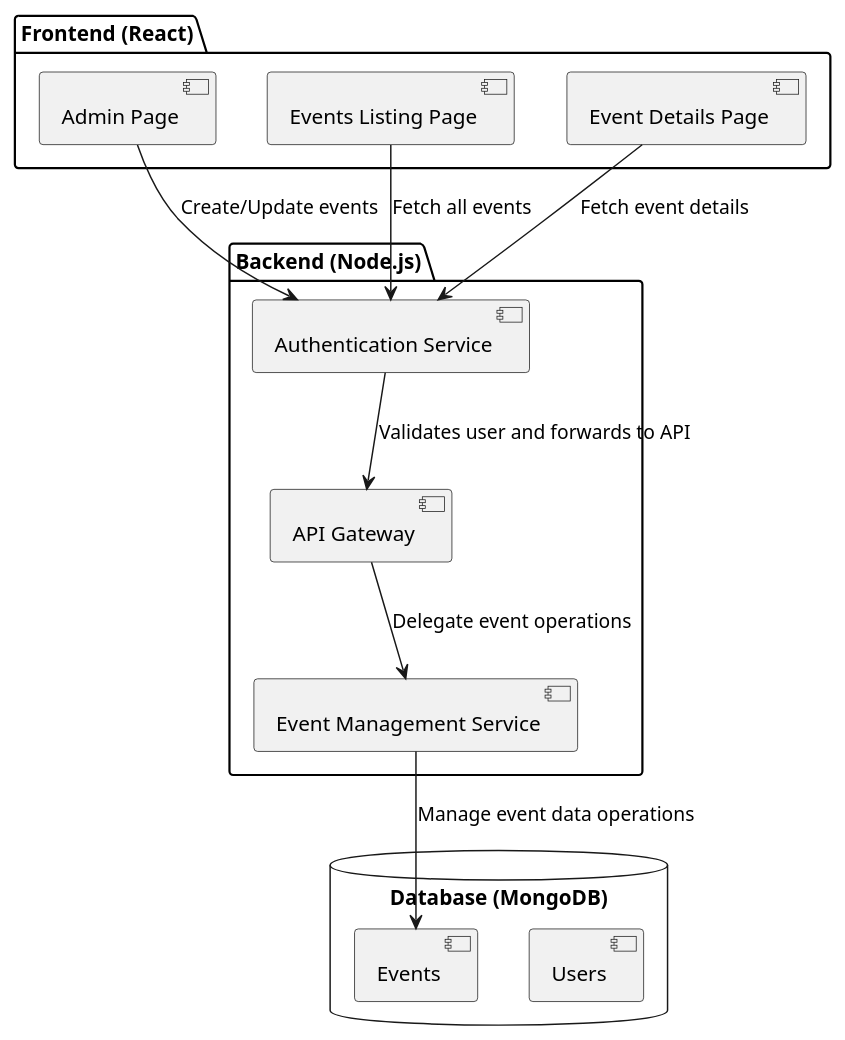
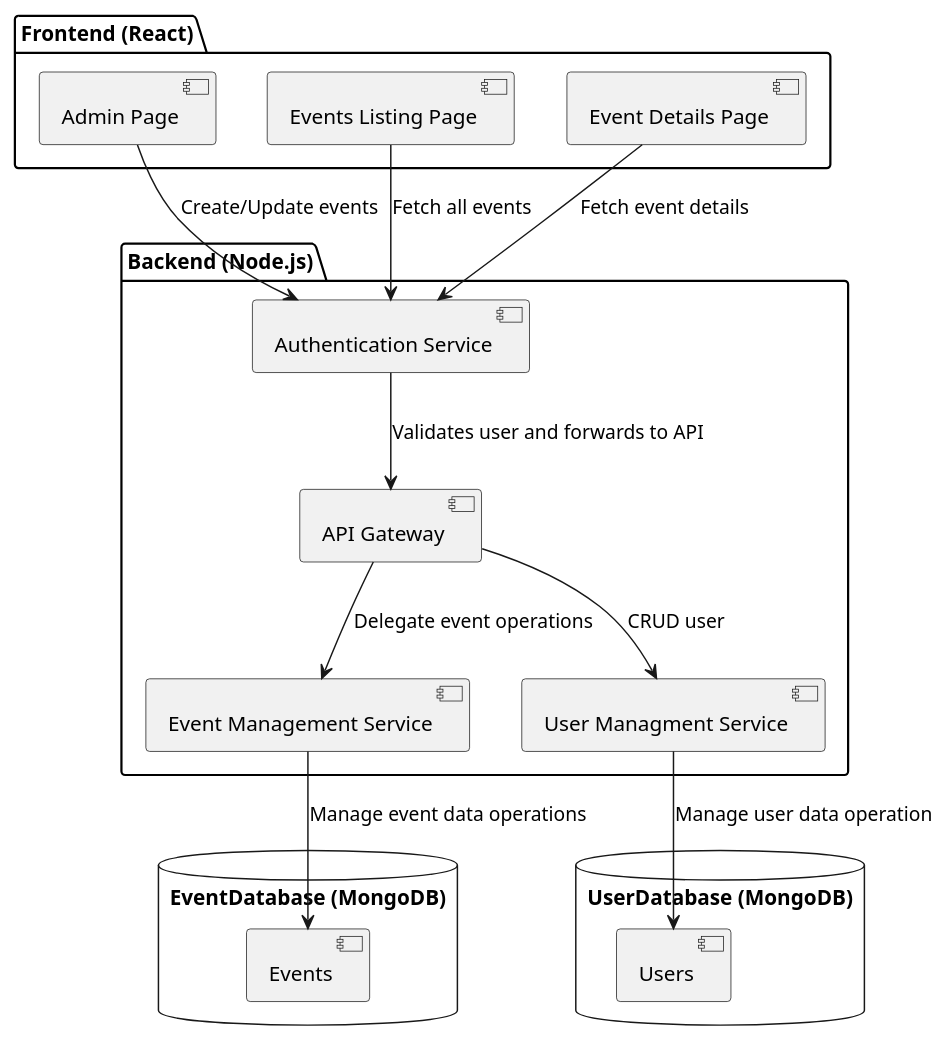
Before and after one commit to tothricsaj/StormDragon: the diagram in architecture.puml, drawn with PlantUML. The commit also changed 2 other files, not shown here.

Commit message:
feat: changed architecture diagram

```diff
--- a/architecture.puml
+++ b/architecture.puml
@@ -1,25 +1,31 @@
 @startuml Architecture
 package "Frontend (React)" {
     component [Admin Page] as Admin
     component [Events Listing Page] as Listing
     component [Event Details Page] as Details
 }
 
 package "Backend (Node.js)" {
     component [API Gateway] as API
     component [Authentication Service] as Auth
     component [Event Management Service] as EventMgmt
+    component [User Managment Service] as UserMgmt
 }
 
-database "Database (MongoDB)" {
+database "EventDatabase (MongoDB)" {
+    component [Events] as EventsDB
+}
+
+database "UserDatabase (MongoDB)" {
     component [Users] as UsersDB
-    component [Events] as EventsDB
 }
 
 Auth --> API : Validates user and forwards to API
 Admin --> Auth : Create/Update events
 Listing --> Auth : Fetch all events
 Details --> Auth : Fetch event details
 API --> EventMgmt : Delegate event operations
+API --> UserMgmt: CRUD user
 EventMgmt --> EventsDB : Manage event data operations
+UserMgmt --> UsersDB: Manage user data operation
 @enduml
```
